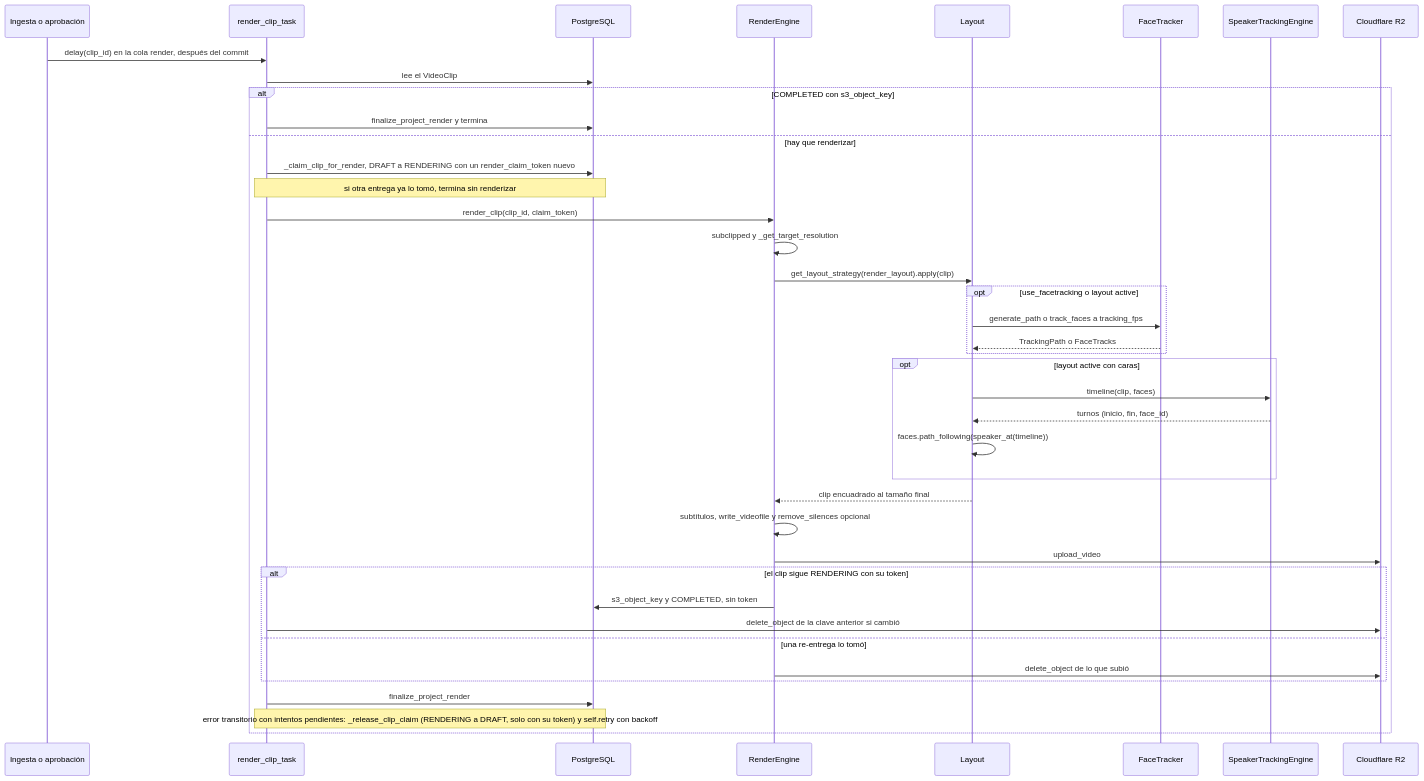
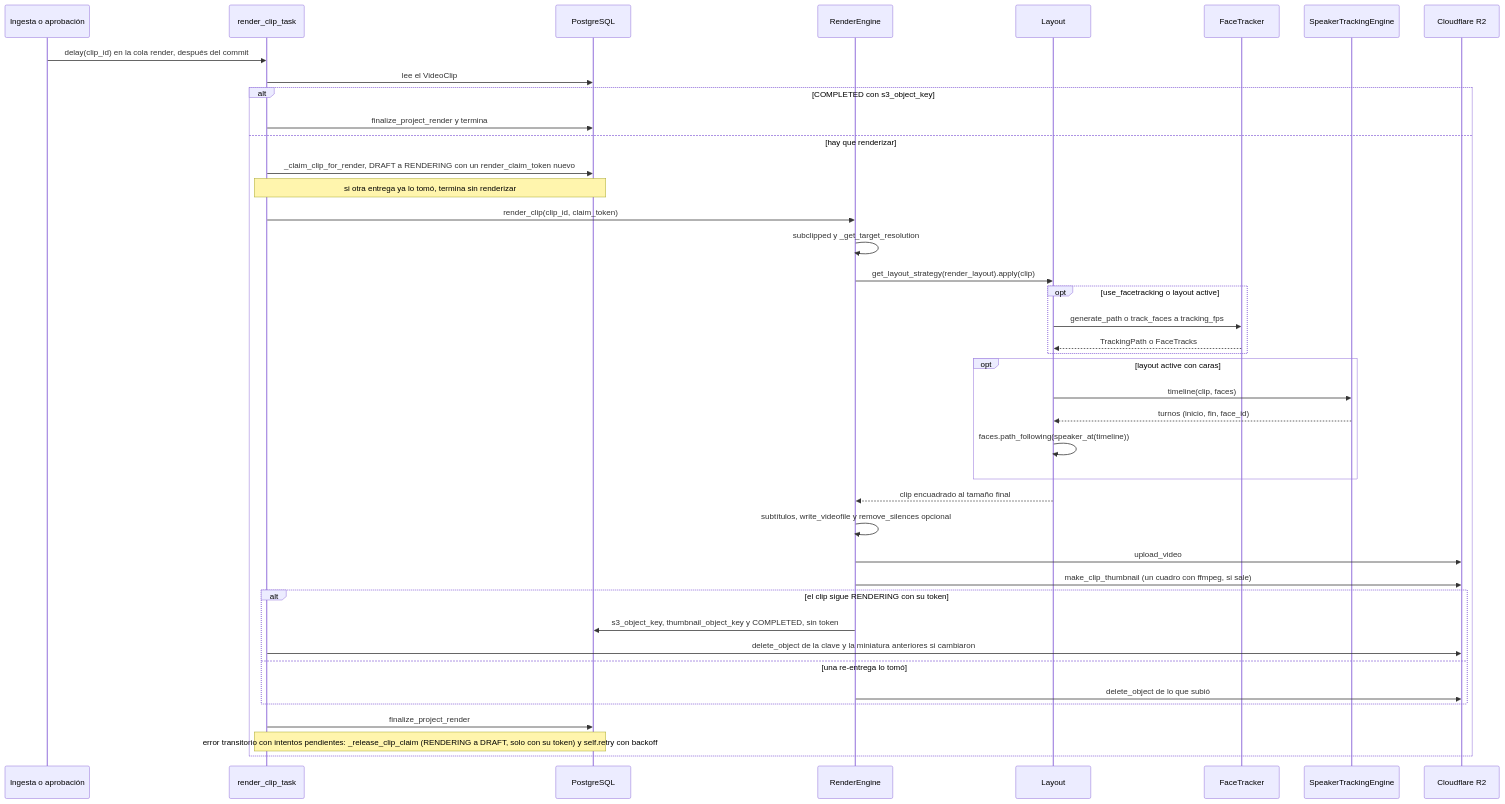
Before and after one commit to RomeKai/videoeditUTN: the first of 5 diagrams in documents/ia/06-render-caras-y-hablante.md, drawn with Mermaid. The commit also changed other lines of this file and 20 other files, not shown here.

````diff
--- a/documents/ia/06-render-caras-y-hablante.md
+++ b/documents/ia/06-render-caras-y-hablante.md
@@ -30,43 +30,44 @@
 ```mermaid
 sequenceDiagram
     participant ING as Ingesta o aprobación
     participant T as render_clip_task
     participant DB as PostgreSQL
     participant RE as RenderEngine
     participant L as Layout
     participant FT as FaceTracker
     participant SP as SpeakerTrackingEngine
     participant R2 as Cloudflare R2
 
     ING->>T: delay(clip_id) en la cola render, después del commit
     T->>DB: lee el VideoClip
     alt COMPLETED con s3_object_key
         T->>DB: finalize_project_render y termina
     else hay que renderizar
         T->>DB: _claim_clip_for_render, DRAFT a RENDERING con un render_claim_token nuevo
         Note over T,DB: si otra entrega ya lo tomó, termina sin renderizar
         T->>RE: render_clip(clip_id, claim_token)
         RE->>RE: subclipped y _get_target_resolution
         RE->>L: get_layout_strategy(render_layout).apply(clip)
         opt use_facetracking o layout active
             L->>FT: generate_path o track_faces a tracking_fps
             FT-->>L: TrackingPath o FaceTracks
         end
         opt layout active con caras
             L->>SP: timeline(clip, faces)
             SP-->>L: turnos (inicio, fin, face_id)
             L->>L: faces.path_following(speaker_at(timeline))
         end
         L-->>RE: clip encuadrado al tamaño final
         RE->>RE: subtítulos, write_videofile y remove_silences opcional
         RE->>R2: upload_video
+        RE->>R2: make_clip_thumbnail (un cuadro con ffmpeg, si sale)
         alt el clip sigue RENDERING con su token
-            RE->>DB: s3_object_key y COMPLETED, sin token
-            T->>R2: delete_object de la clave anterior si cambió
+            RE->>DB: s3_object_key, thumbnail_object_key y COMPLETED, sin token
+            T->>R2: delete_object de la clave y la miniatura anteriores si cambiaron
         else una re-entrega lo tomó
             RE->>R2: delete_object de lo que subió
         end
         T->>DB: finalize_project_render
         Note over T,DB: error transitorio con intentos pendientes: _release_clip_claim (RENDERING a DRAFT, solo con su token) y self.retry con backoff
     end
 ```
````
